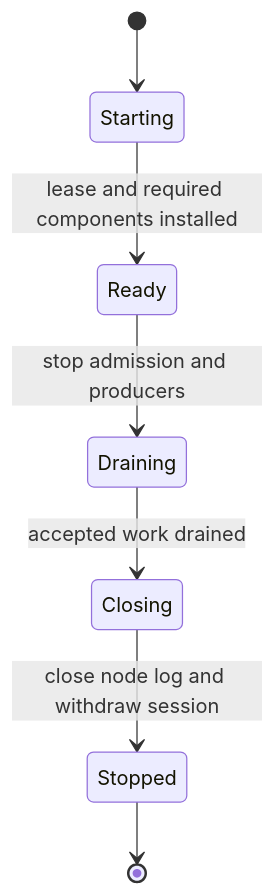
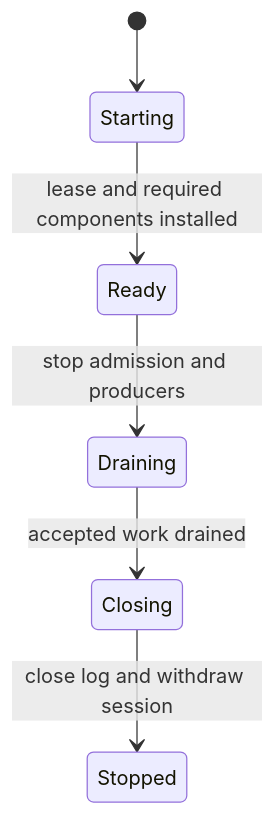
One commit to andypeng2015/cellule changed the diagram in crates/cellule-host/README.md. Above: the diagram before and after it, drawn with Mermaid. The commit also changed other lines of this file and 181 other files, not shown here.

````diff
--- a/crates/cellule-host/README.md
+++ b/crates/cellule-host/README.md
@@ -6,9 +6,8 @@
 ```mermaid
 stateDiagram-v2
     [*] --> Starting
     Starting --> Ready: lease and required components installed
     Ready --> Draining: stop admission and producers
     Draining --> Closing: accepted work drained
-    Closing --> Stopped: close node log and withdraw session
-    Stopped --> [*]
+    Closing --> Stopped: close log and withdraw session
 ```
````
